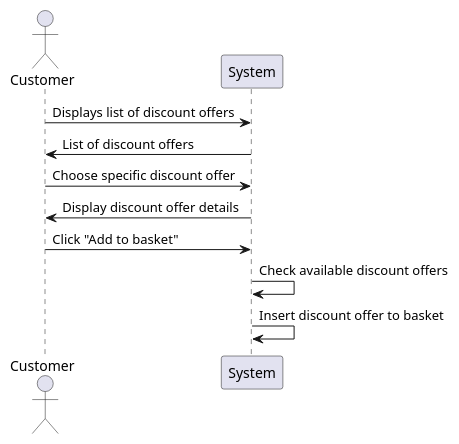
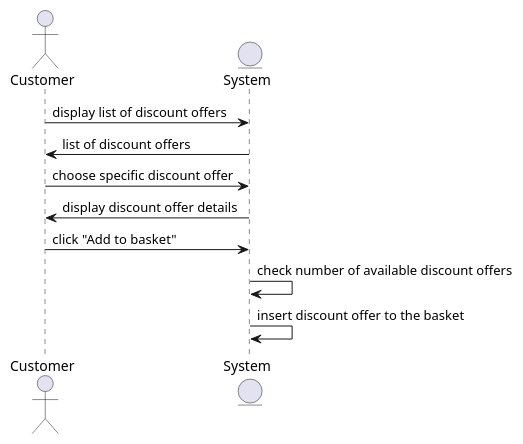
The diagram in data/outputsAI/SD2.puml (wbfenijo/Bakalarka), drawn with PlantUML before and after one commit. The commit also changed 7 other files, not shown here.

```diff
--- a/data/outputsAI/SD2.puml
+++ b/data/outputsAI/SD2.puml
@@ -1,14 +1,12 @@
 @startuml
 actor Customer
-participant System
+entity System
 
-Customer -> System : Displays list of discount offers
-System -> Customer : List of discount offers
-
-Customer -> System : Choose specific discount offer
-System -> Customer : Display discount offer details
-
-Customer -> System : Click "Add to basket"
-System -> System : Check available discount offers
-System -> System : Insert discount offer to basket
+Customer -> System: display list of discount offers
+System -> Customer: list of discount offers
+Customer -> System: choose specific discount offer
+System -> Customer: display discount offer details
+Customer -> System: click "Add to basket"
+System -> System: check number of available discount offers
+System -> System: insert discount offer to the basket
 @enduml
```
